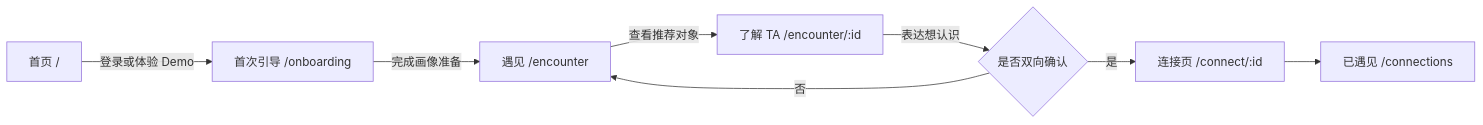
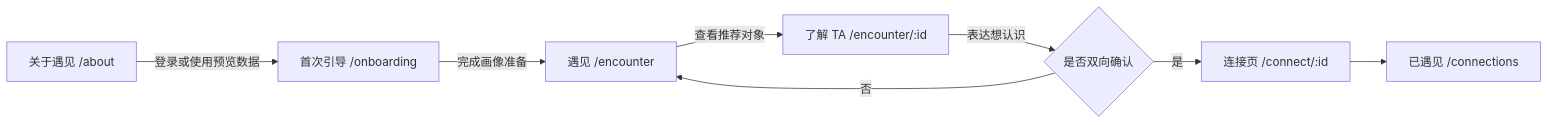
One commit to Yujian-Lab123/Yujian changed the diagram in docs/USER_FLOW.md. Above: the diagram before and after it, drawn with Mermaid. The commit also changed other lines of this file and 21 other files, not shown here.

````diff
--- a/docs/USER_FLOW.md
+++ b/docs/USER_FLOW.md
@@ -7,10 +7,10 @@
 ```mermaid
 flowchart LR
-  Landing[首页 /] -->|登录或体验 Demo| Onboarding[首次引导 /onboarding]
+  Landing[关于遇见 /about] -->|登录或使用预览数据| Onboarding[首次引导 /onboarding]
   Onboarding -->|完成画像准备| Encounter[遇见 /encounter]
   Encounter -->|查看推荐对象| Detail[了解 TA /encounter/:id]
   Detail -->|表达想认识| Mutual{是否双向确认}
   Mutual -->|是| Connect[连接页 /connect/:id]
   Mutual -->|否| Encounter
   Connect --> Connections[已遇见 /connections]
 ```
````
